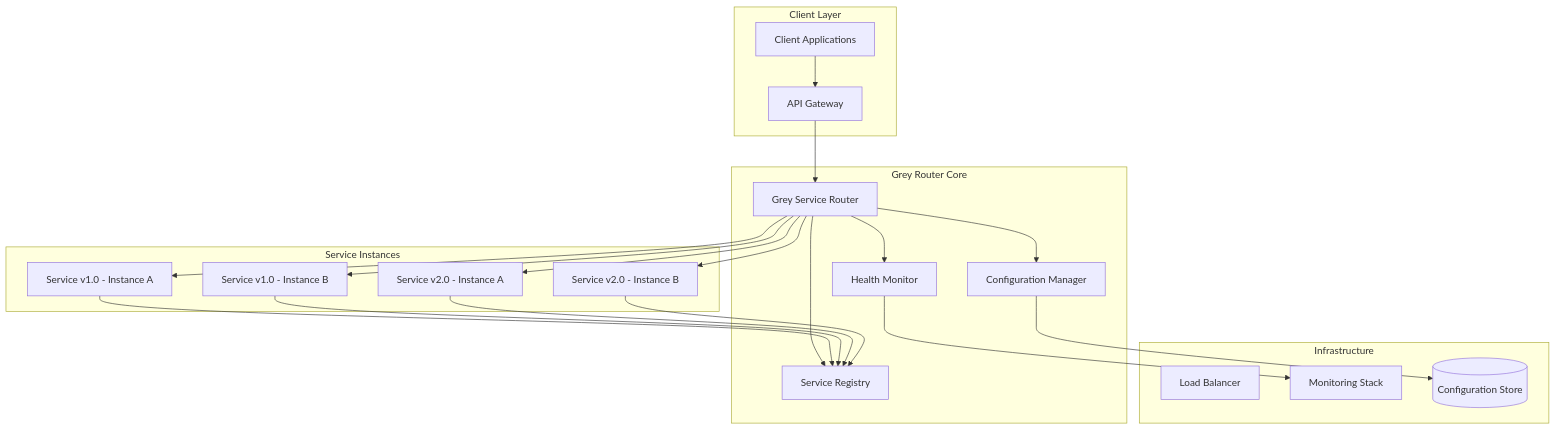
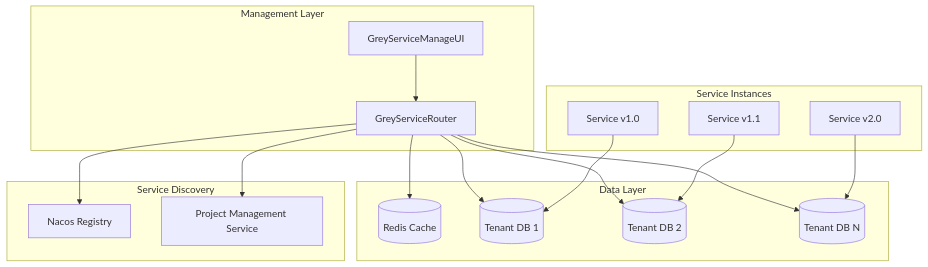
The first of 2 diagrams in source/_posts/Design-Grey-Service-Router-Guide.md (shayne007/blog), drawn with Mermaid before and after one commit. The commit also changed other lines of this file and 1 other file, not shown here.

Commit message:
update grey service

```diff
--- a/source/_posts/Design-Grey-Service-Router-Guide.md
+++ b/source/_posts/Design-Grey-Service-Router-Guide.md
@@ -25,44 +20,36 @@
 {% mermaid graph TB %}
-    subgraph "Client Layer"
-        Client[Client Applications]
-        Gateway[API Gateway]
+    subgraph "Management Layer"
+        UI[GreyServiceManageUI]
+        Router[GreyServiceRouter]
     end
     
-    subgraph "Grey Router Core"
-        Router[Grey Service Router]
-        Registry[Service Registry]
-        ConfigMgmt[Configuration Manager]
-        HealthCheck[Health Monitor]
+    subgraph "Data Layer"
+        Redis[(Redis Cache)]
+        TenantDB1[(Tenant DB 1)]
+        TenantDB2[(Tenant DB 2)]
+        TenantDBN[(Tenant DB N)]
+    end
+    
+    subgraph "Service Discovery"
+        Nacos[Nacos Registry]
+        ProjectMgmt[Project Management Service]
     end
     
     subgraph "Service Instances"
-        V1A[Service v1.0 - Instance A]
-        V1B[Service v1.0 - Instance B]
-        V2A[Service v2.0 - Instance A]
-        V2B[Service v2.0 - Instance B]
+        SvcV1[Service v1.0]
+        SvcV2[Service v1.1]
+        SvcV3[Service v2.0]
     end
     
-    subgraph "Infrastructure"
-        LB[Load Balancer]
-        Monitor[Monitoring Stack]
-        Storage[(Configuration Store)]
-    end
+    UI --> Router
+    Router --> Redis
+    Router --> Nacos
+    Router --> ProjectMgmt
+    Router --> TenantDB1
+    Router --> TenantDB2
+    Router --> TenantDBN
     
-    Client --> Gateway
-    Gateway --> Router
-    Router --> Registry
-    Router --> ConfigMgmt
-    Router --> HealthCheck
-    ConfigMgmt --> Storage
-    HealthCheck --> Monitor
-    
-    Router --> V1A
-    Router --> V1B
-    Router --> V2A
-    Router --> V2B
-    
-    V1A --> Registry
-    V1B --> Registry
-    V2A --> Registry
-    V2B --> Registry
+    SvcV1 --> TenantDB1
+    SvcV2 --> TenantDB2
+    SvcV3 --> TenantDBN
 {% endmermaid %}
```
